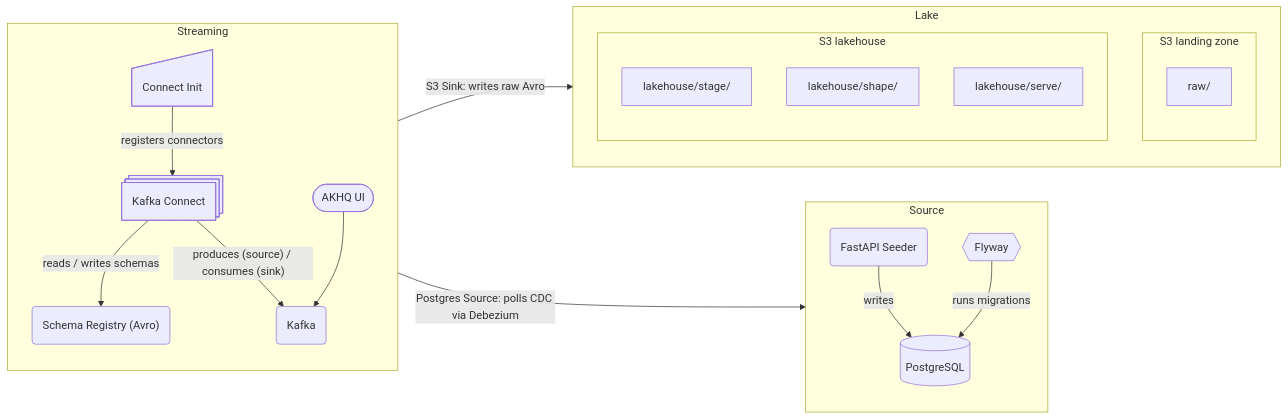
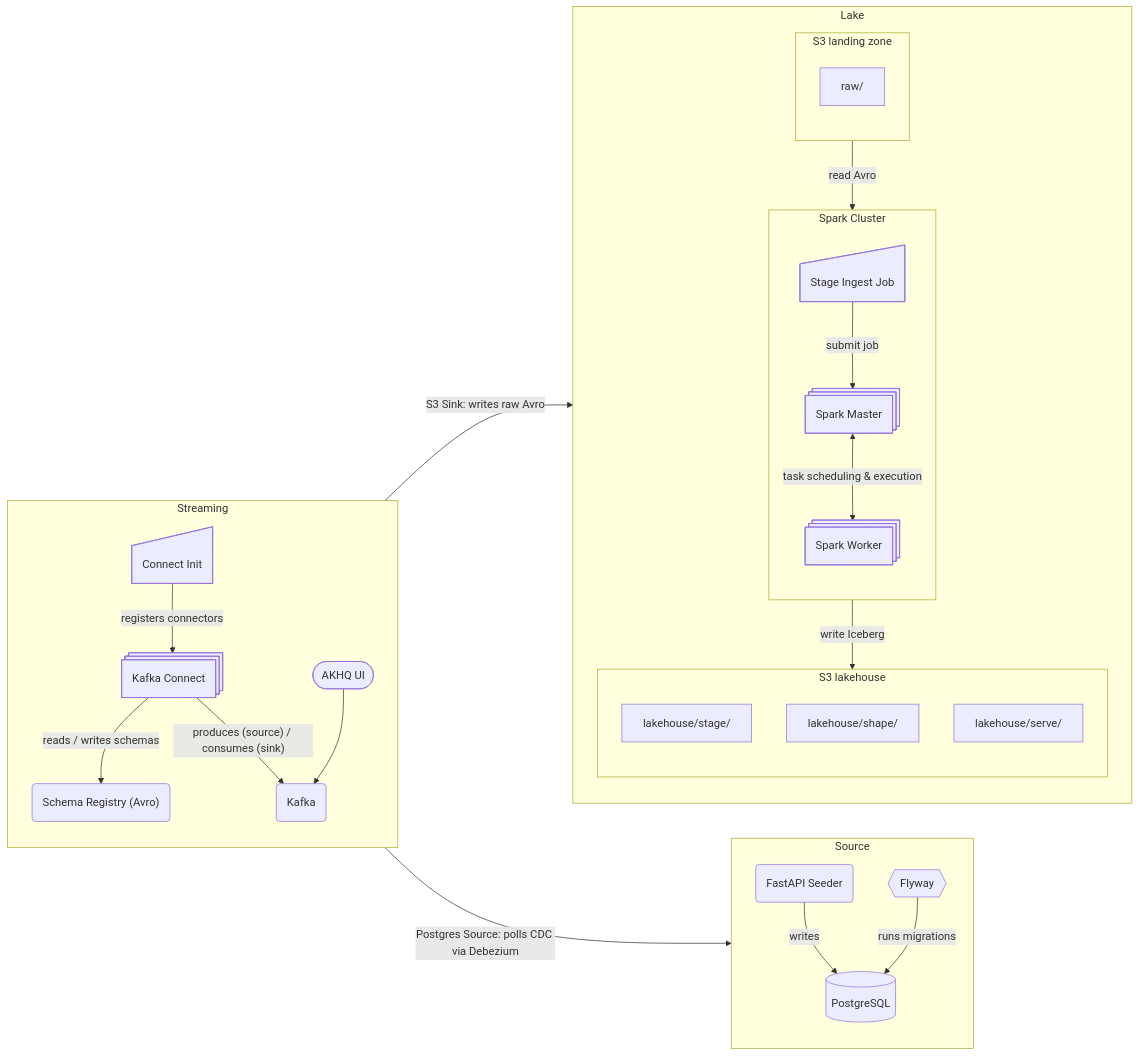
One commit to jxhnx/haus-am-see changed the diagram in README.MD. Above: the diagram before and after it, drawn with Mermaid.

Commit message:
docs: update architecture with spark job

````diff
--- a/README.MD
+++ b/README.MD
@@ -38,47 +38,65 @@
 ```mermaid
 flowchart LR
     %% Source zone
     subgraph Source
         direction TB
         Seeder@{ shape: rounded, label: "FastAPI Seeder" }
         Flyway@{ shape: hex, label: "Flyway" }
         Postgres@{ shape: cyl, label: "PostgreSQL" }
 
         Seeder -- "writes" --> Postgres
         Flyway -- "runs migrations" --> Postgres
     end
 
     %% Streaming zone
     subgraph Streaming
         direction TB
         Connect@{ shape: procs, label: "Kafka Connect" }
         SchemaRegistry@{ shape: rounded, label: "Schema Registry (Avro)" }
         Kafka@{ shape: rounded, label: "Kafka" }
         AKHQ@{ shape: stadium, label: "AKHQ UI" }
         ConnectInit@{ shape: sl-rect, label: "Connect Init" }
 
         Connect -- "reads / writes schemas" --> SchemaRegistry
         Connect -- "produces (source) / consumes (sink)" --> Kafka
         AKHQ --> Kafka
         ConnectInit -- "registers connectors" --> Connect
     end
 
     %% Lake zone
     subgraph Lake
         direction TB
         subgraph RawBucket ["S3 landing zone"]
             direction TB
             Raw@{ shape: rect, label: "raw/" }
         end
         subgraph LakehouseBucket ["S3 lakehouse"]
             direction TB
             Stage@{ shape: rect, label: "lakehouse/stage/" }
             Shape@{ shape: rect, label: "lakehouse/shape/" }
             Serve@{ shape: rect, label: "lakehouse/serve/" }
         end
+
+      %% Processing (Spark)
+      subgraph Spark ["Spark Cluster"]
+          direction TB
+          SparkMaster@{ shape: procs, label: "Spark Master" }
+          SparkWorker@{ shape: procs, label: "Spark Worker" }
+          StageJob@{ shape: sl-rect, label: "Stage Ingest Job" }
+
+        StageJob -- "submit job" --> SparkMaster
+        SparkMaster <-- "task scheduling & execution" --> SparkWorker
+      end
+
     end
 
-    %% Cross-zone
+
+    %% Cross-zone wiring
     Connect -- "Postgres Source: polls CDC via Debezium" --> Postgres
     Connect -- "S3 Sink: writes raw Avro" --> Raw
+
+    %% Raw -> Stage via Spark
+    Raw -- "read Avro" --> StageJob
+    StageJob -- "write Iceberg" --> Stage
+
 ```
````
